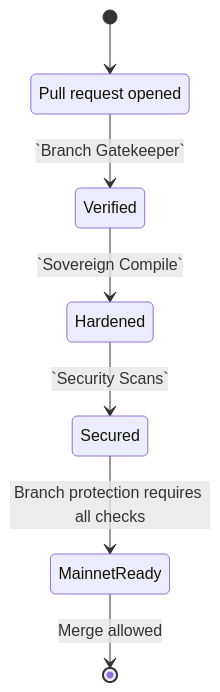
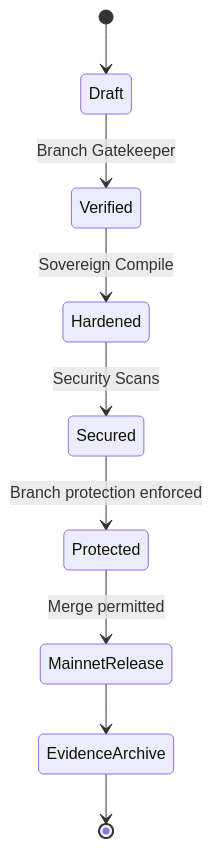
The second of 5 diagrams in foundry/README.md (MontrealAI/agijobs-sovereign-labor-v0p1), drawn with Mermaid before and after one commit. The commit also changed other lines of this file, not shown here.

Commit message:
Revise foundry README for mainnet operations

````diff
--- a/foundry/README.md
+++ b/foundry/README.md
@@ -144,10 +94,11 @@
 ```mermaid
 stateDiagram-v2
     [*] --> Draft
-    Draft: Pull request opened
-    Draft --> Verified: `Branch Gatekeeper`
-    Verified --> Hardened: `Sovereign Compile`
-    Hardened --> Secured: `Security Scans`
-    Secured --> MainnetReady: Branch protection requires all checks
-    MainnetReady --> [*]: Merge allowed
+    Draft --> Verified: Branch Gatekeeper
+    Verified --> Hardened: Sovereign Compile
+    Hardened --> Secured: Security Scans
+    Secured --> Protected: Branch protection enforced
+    Protected --> MainnetRelease: Merge permitted
+    MainnetRelease --> EvidenceArchive
+    EvidenceArchive --> [*]
 ```
````
